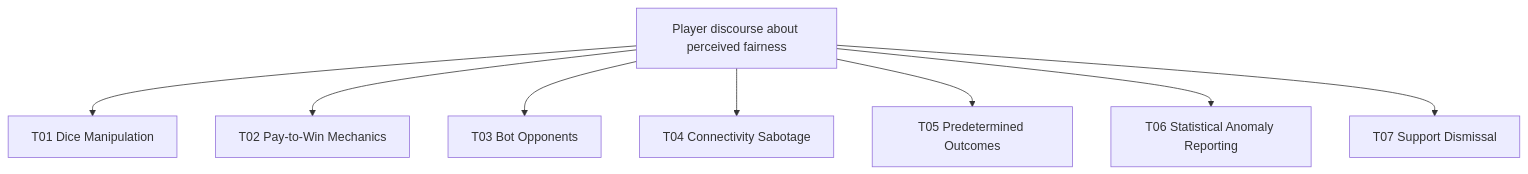
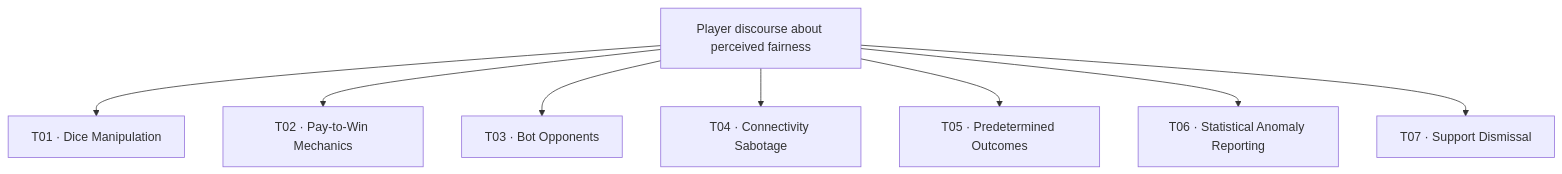
One commit to haniehhatefi/player-trust-research changed the first of 5 diagrams in figures/README.md. Above: the diagram before and after it, drawn with Mermaid. The commit also changed other lines of this file, not shown here.

````diff
--- a/figures/README.md
+++ b/figures/README.md
@@ -20,10 +51,11 @@
 ```mermaid
 flowchart TD
-    A[Player discourse about perceived fairness] --> T01[T01 Dice Manipulation]
-    A --> T02[T02 Pay-to-Win Mechanics]
-    A --> T03[T03 Bot Opponents]
-    A --> T04[T04 Connectivity Sabotage]
-    A --> T05[T05 Predetermined Outcomes]
-    A --> T06[T06 Statistical Anomaly Reporting]
-    A --> T07[T07 Support Dismissal]
+    A["Player discourse about perceived fairness"]
+    A --> T01["T01 · Dice Manipulation"]
+    A --> T02["T02 · Pay-to-Win Mechanics"]
+    A --> T03["T03 · Bot Opponents"]
+    A --> T04["T04 · Connectivity Sabotage"]
+    A --> T05["T05 · Predetermined Outcomes"]
+    A --> T06["T06 · Statistical Anomaly Reporting"]
+    A --> T07["T07 · Support Dismissal"]
 ```
````
